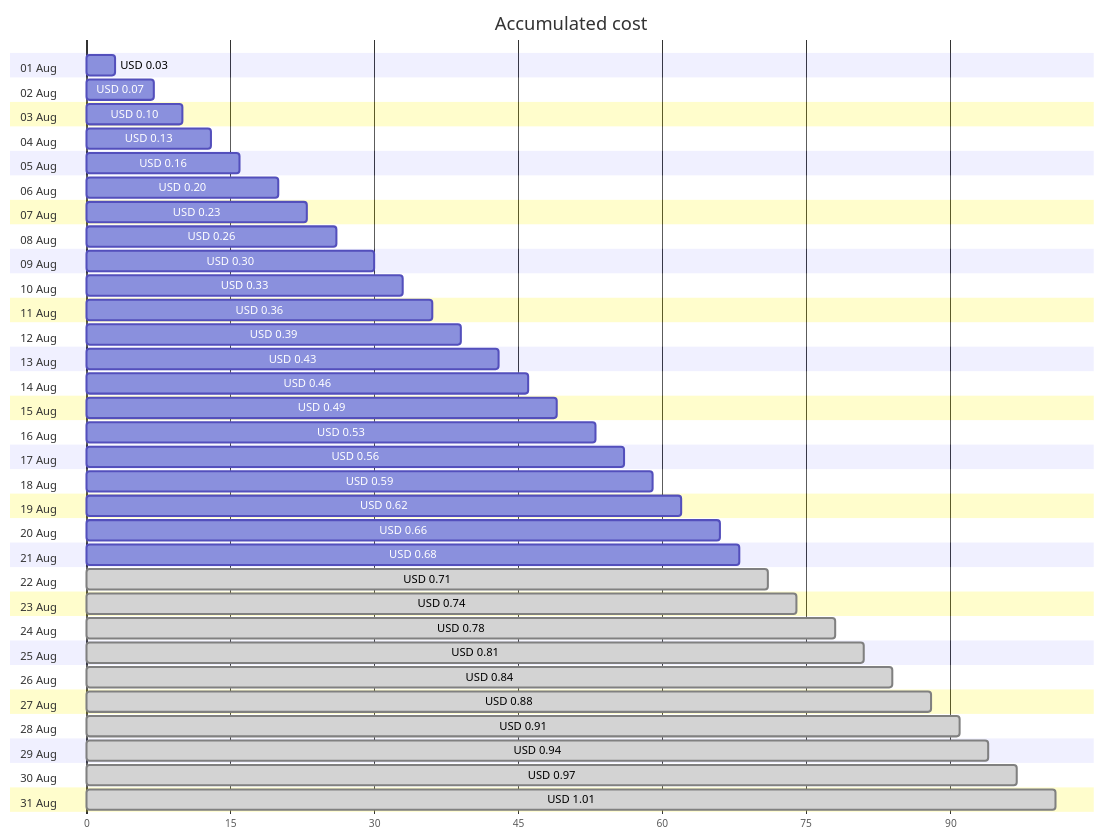
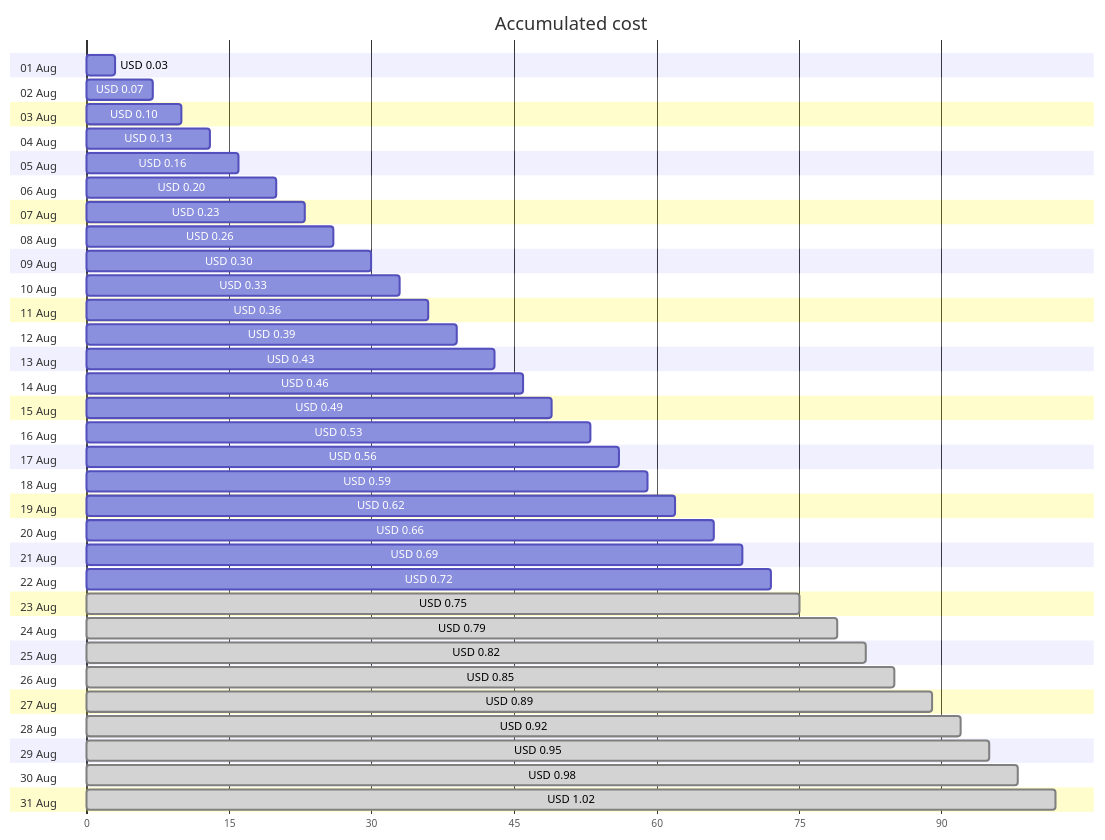
One commit to jpfulton/azure-personal-reports changed the first of 4 diagrams in cost-reports/personal-dns/README.md. Above: the diagram before and after it, drawn with Mermaid. The commit also changed other lines of this file and 2 other files, not shown here.

Commit message:
Generated reports [skip ci]

````diff
--- a/cost-reports/personal-dns/README.md
+++ b/cost-reports/personal-dns/README.md
@@ -20,68 +20,68 @@
 ```mermaid
 gantt
    title Accumulated cost
    dateFormat  X
    axisFormat %s
    section 01 Aug
    USD 0.03 :0, 3
    section 02 Aug
    USD 0.07 :0, 7
    section 03 Aug
    USD 0.10 :0, 10
    section 04 Aug
    USD 0.13 :0, 13
    section 05 Aug
    USD 0.16 :0, 16
    section 06 Aug
    USD 0.20 :0, 20
    section 07 Aug
    USD 0.23 :0, 23
    section 08 Aug
    USD 0.26 :0, 26
    section 09 Aug
    USD 0.30 :0, 30
    section 10 Aug
    USD 0.33 :0, 33
    section 11 Aug
    USD 0.36 :0, 36
    section 12 Aug
    USD 0.39 :0, 39
    section 13 Aug
    USD 0.43 :0, 43
    section 14 Aug
    USD 0.46 :0, 46
    section 15 Aug
    USD 0.49 :0, 49
    section 16 Aug
    USD 0.53 :0, 53
    section 17 Aug
    USD 0.56 :0, 56
    section 18 Aug
    USD 0.59 :0, 59
    section 19 Aug
    USD 0.62 :0, 62
    section 20 Aug
    USD 0.66 :0, 66
    section 21 Aug
-   USD 0.68 :0, 68
+   USD 0.69 :0, 69
    section 22 Aug
-   USD 0.71 : done, 0, 71
+   USD 0.72 :0, 72
    section 23 Aug
-   USD 0.74 : done, 0, 74
+   USD 0.75 : done, 0, 75
    section 24 Aug
-   USD 0.78 : done, 0, 78
+   USD 0.79 : done, 0, 79
    section 25 Aug
-   USD 0.81 : done, 0, 81
+   USD 0.82 : done, 0, 82
    section 26 Aug
-   USD 0.84 : done, 0, 84
+   USD 0.85 : done, 0, 85
    section 27 Aug
-   USD 0.88 : done, 0, 88
+   USD 0.89 : done, 0, 89
    section 28 Aug
-   USD 0.91 : done, 0, 91
+   USD 0.92 : done, 0, 92
    section 29 Aug
-   USD 0.94 : done, 0, 94
+   USD 0.95 : done, 0, 95
    section 30 Aug
-   USD 0.97 : done, 0, 97
+   USD 0.98 : done, 0, 98
    section 31 Aug
-   USD 1.01 : done, 0, 101
+   USD 1.02 : done, 0, 102
 ```
````
